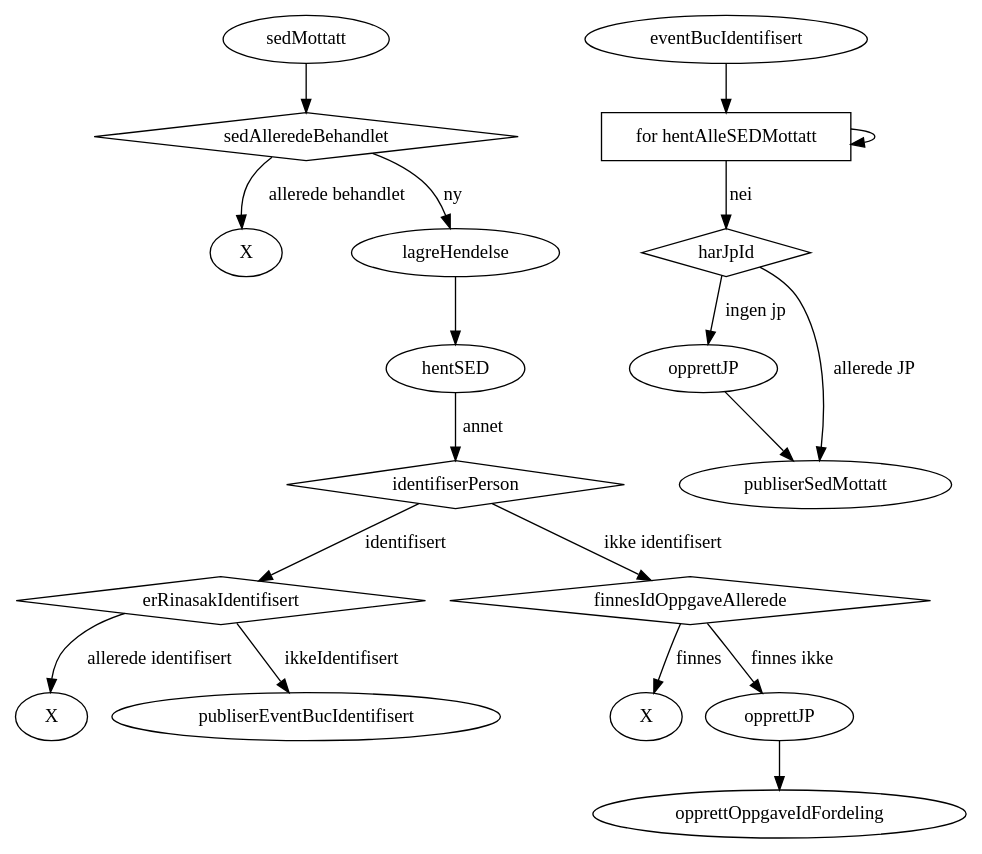
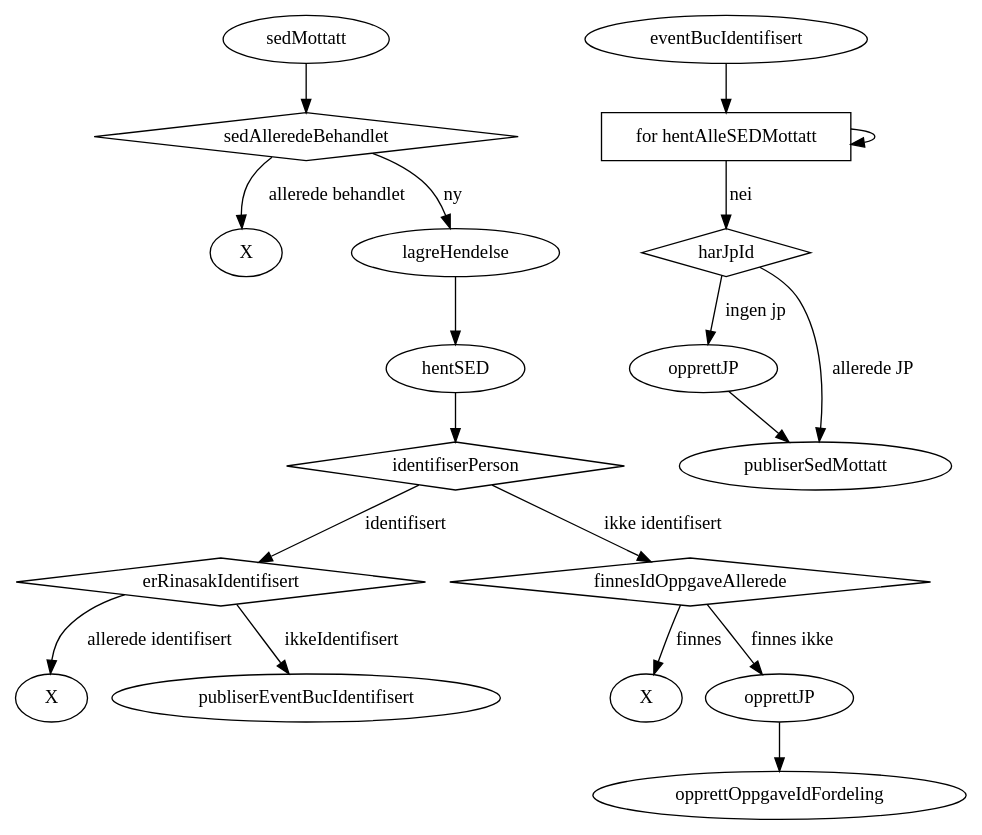
Before and after one commit to navikt/melosys-eessi: the diagram in diagrammer/SedMottak.dot, drawn with Graphviz. The commit also changed 1 other file, not shown here.

Commit message:
Oppdatert diagrammer

```diff
--- a/diagrammer/SedMottak.dot
+++ b/diagrammer/SedMottak.dot
@@ -1,39 +1,38 @@
 digraph SEDMottak {
     X_sedAlleredeBehandlet [label="X"];
     X_lagreIdentifisertPerson [label="X"];
     X_opprettOppgaveIdentifisering [label="X"];
     sedAlleredeBehandlet [shape=diamond];
     identifiserPerson [shape=diamond];
     erRinasakIdentifisert [shape=diamond];
     finnesIdOppgaveAllerede [shape=diamond];
 
     sedMottatt -> sedAlleredeBehandlet;
     sedAlleredeBehandlet -> X_sedAlleredeBehandlet [label="allerede behandlet"];
 
     sedAlleredeBehandlet -> lagreHendelse [label="ny"];
     lagreHendelse -> hentSED;
-
-    hentSED -> identifiserPerson [label="annet"];
+    hentSED -> identifiserPerson;
 
     identifiserPerson -> erRinasakIdentifisert [label="identifisert"];
     erRinasakIdentifisert -> X_lagreIdentifisertPerson [label="allerede identifisert"];
     erRinasakIdentifisert -> publiserEventBucIdentifisert [label="ikkeIdentifisert"]
 
     identifiserPerson -> finnesIdOppgaveAllerede [label="ikke identifisert"];
     finnesIdOppgaveAllerede -> X_opprettOppgaveIdentifisering [label="finnes"]
     finnesIdOppgaveAllerede -> opprettJP [label="finnes ikke"]
     opprettJP -> opprettOppgaveIdFordeling
 
     subgraph BucIdentifisert {
         harJpId [shape=diamond];
         opprettJP_BucIdentifisert [label="opprettJP"];
         hentAlleSEDMottatt [shape=rectangle, label="for hentAlleSEDMottatt"];
 
         eventBucIdentifisert -> hentAlleSEDMottatt;
         hentAlleSEDMottatt -> hentAlleSEDMottatt;
         hentAlleSEDMottatt -> harJpId [label="nei"];
         harJpId -> publiserSedMottatt [label="allerede JP"];
         harJpId -> opprettJP_BucIdentifisert [label="ingen jp"];
         opprettJP_BucIdentifisert -> publiserSedMottatt;
     }
 }
```
